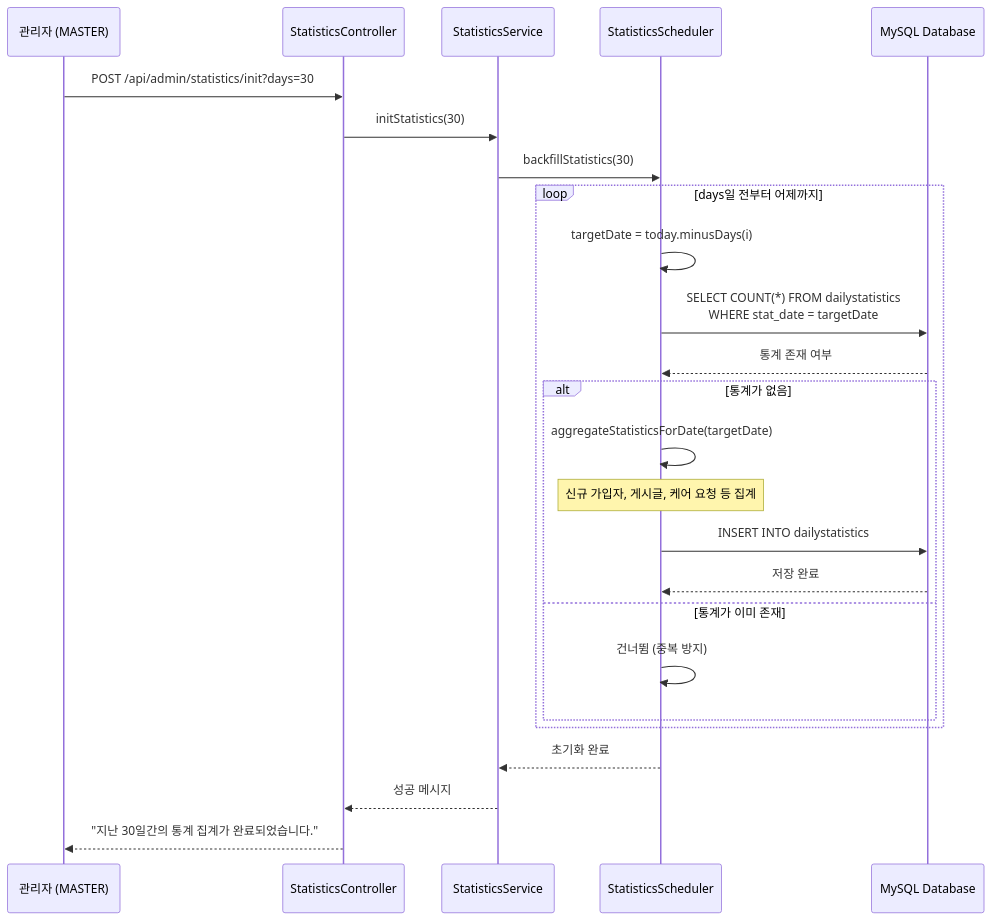
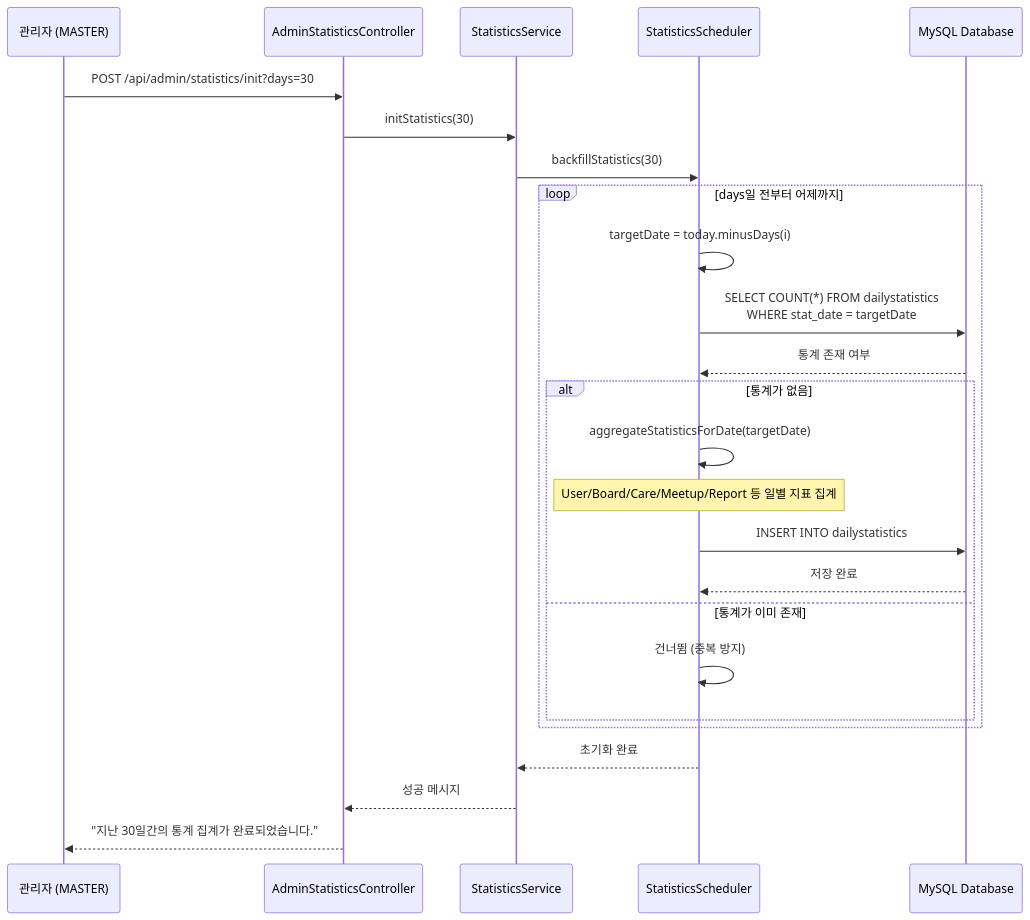
One commit to makkong1/Petory changed the fourth of 4 diagrams in docs/architecture/관리자 대시보드 & 통계 시스템 아키텍처.md. Above: the diagram before and after it, drawn with Mermaid. The commit also changed other lines of this file and 12 other files, not shown here.

Commit message:
docs(architecture): 도메인 아키텍처 문서를 최신 코드·API와 동기화

````diff
--- a/docs/architecture/관리자 대시보드 & 통계 시스템 아키텍처.md
+++ b/docs/architecture/관리자 대시보드 & 통계 시스템 아키텍처.md
@@ -611,31 +602,31 @@
 ```mermaid
 sequenceDiagram
     participant Admin as 관리자 (MASTER)
-    participant API as StatisticsController
+    participant API as AdminStatisticsController
     participant Service as StatisticsService
     participant Scheduler as StatisticsScheduler
     participant MySQL as MySQL Database
     
     Admin->>API: POST /api/admin/statistics/init?days=30
     API->>Service: initStatistics(30)
     Service->>Scheduler: backfillStatistics(30)
     
     loop days일 전부터 어제까지
         Scheduler->>Scheduler: targetDate = today.minusDays(i)
         Scheduler->>MySQL: SELECT COUNT(*) FROM dailystatistics<br/>WHERE stat_date = targetDate
         MySQL-->>Scheduler: 통계 존재 여부
         
         alt 통계가 없음
             Scheduler->>Scheduler: aggregateStatisticsForDate(targetDate)
-            Note over Scheduler: 신규 가입자, 게시글, 케어 요청 등 집계
+            Note over Scheduler: User/Board/Care/Meetup/Report 등 일별 지표 집계
             Scheduler->>MySQL: INSERT INTO dailystatistics
             MySQL-->>Scheduler: 저장 완료
         else 통계가 이미 존재
             Scheduler->>Scheduler: 건너뜀 (중복 방지)
         end
     end
     
     Scheduler-->>Service: 초기화 완료
     Service-->>API: 성공 메시지
     API-->>Admin: "지난 30일간의 통계 집계가 완료되었습니다."
 ```
````
